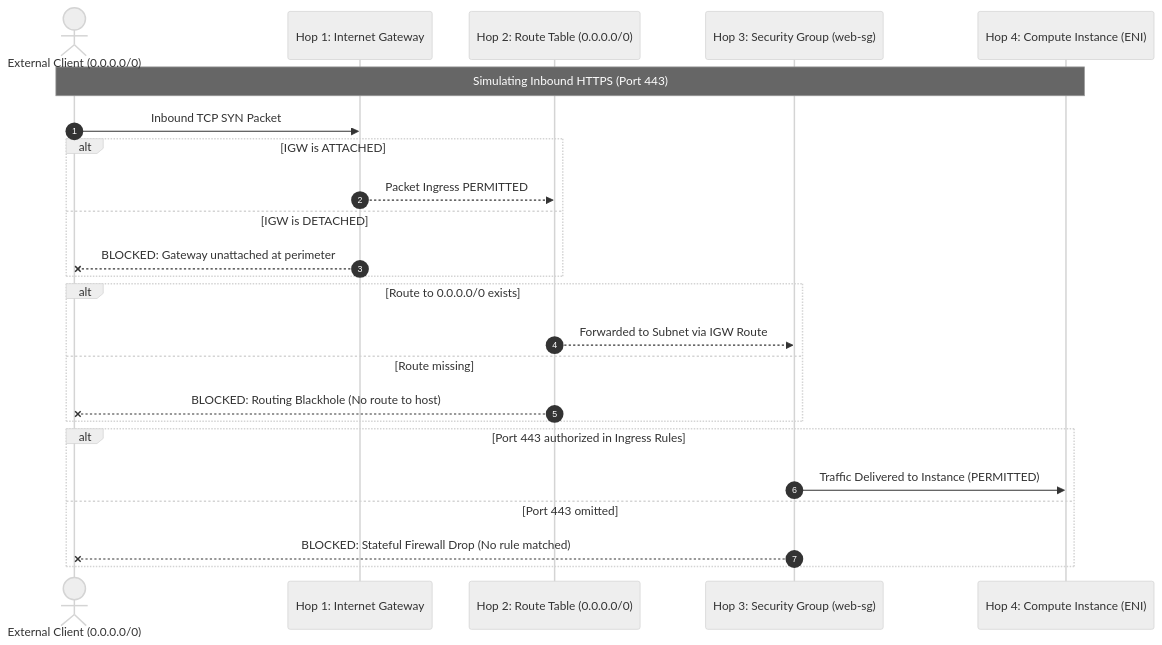
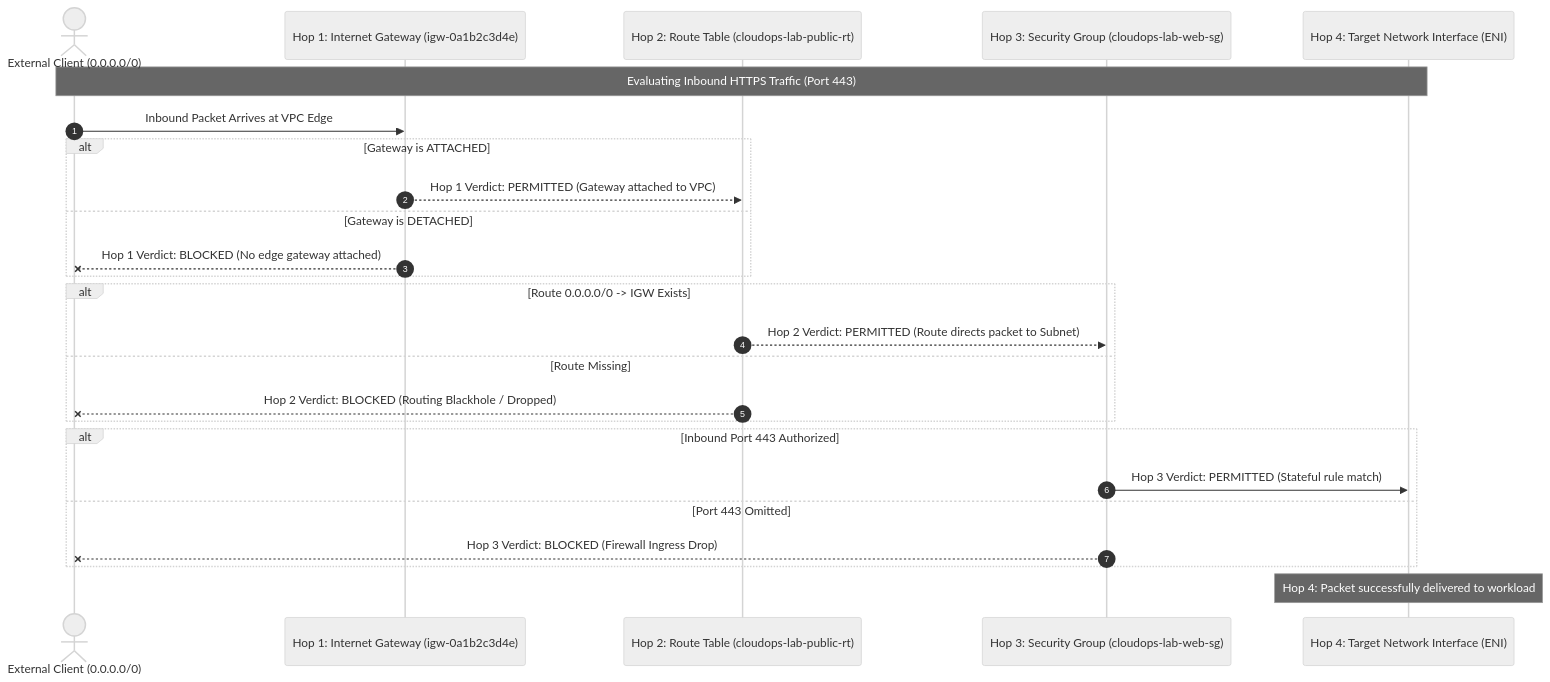
One commit to a7hu-15/cloud_ops changed the sixth of 9 diagrams in docs/project_report.md. Above: the diagram before and after it, drawn with Mermaid (neutral theme). The commit also changed other lines of this file, not shown here.

````diff
--- a/docs/project_report.md
+++ b/docs/project_report.md
@@ -322,29 +621,31 @@
 ```mermaid
 sequenceDiagram
     autonumber
-    actor Client as External Client (0.0.0.0/0)
-    participant IGW as Hop 1: Internet Gateway
-    participant RT as Hop 2: Route Table (0.0.0.0/0)
-    participant SG as Hop 3: Security Group (web-sg)
-    participant Target as Hop 4: Compute Instance (ENI)
+    actor ExternalClient as External Client (0.0.0.0/0)
+    participant IGW as Hop 1: Internet Gateway (igw-0a1b2c3d4e)
+    participant RT as Hop 2: Route Table (cloudops-lab-public-rt)
+    participant SG as Hop 3: Security Group (cloudops-lab-web-sg)
+    participant ENI as Hop 4: Target Network Interface (ENI)
 
-    Note over Client,Target: Simulating Inbound HTTPS (Port 443)
-    Client->>IGW: Inbound TCP SYN Packet
-    alt IGW is ATTACHED
-        IGW-->>RT: Packet Ingress PERMITTED
-    else IGW is DETACHED
-        IGW--xClient: BLOCKED: Gateway unattached at perimeter
+    Note over ExternalClient,ENI: Evaluating Inbound HTTPS Traffic (Port 443)
+    ExternalClient->>IGW: Inbound Packet Arrives at VPC Edge
+    alt Gateway is ATTACHED
+        IGW-->>RT: Hop 1 Verdict: PERMITTED (Gateway attached to VPC)
+    else Gateway is DETACHED
+        IGW--xExternalClient: Hop 1 Verdict: BLOCKED (No edge gateway attached)
     end
 
-    alt Route to 0.0.0.0/0 exists
-        RT-->>SG: Forwarded to Subnet via IGW Route
-    else Route missing
-        RT--xClient: BLOCKED: Routing Blackhole (No route to host)
+    alt Route 0.0.0.0/0 -> IGW Exists
+        RT-->>SG: Hop 2 Verdict: PERMITTED (Route directs packet to Subnet)
+    else Route Missing
+        RT--xExternalClient: Hop 2 Verdict: BLOCKED (Routing Blackhole / Dropped)
     end
 
-    alt Port 443 authorized in Ingress Rules
-        SG->>Target: Traffic Delivered to Instance (PERMITTED)
-    else Port 443 omitted
-        SG--xClient: BLOCKED: Stateful Firewall Drop (No rule matched)
+    alt Inbound Port 443 Authorized
+        SG->>ENI: Hop 3 Verdict: PERMITTED (Stateful rule match)
+    else Port 443 Omitted
+        SG--xExternalClient: Hop 3 Verdict: BLOCKED (Firewall Ingress Drop)
     end
+
+    Note over ENI: Hop 4: Packet successfully delivered to workload
 ```
````
